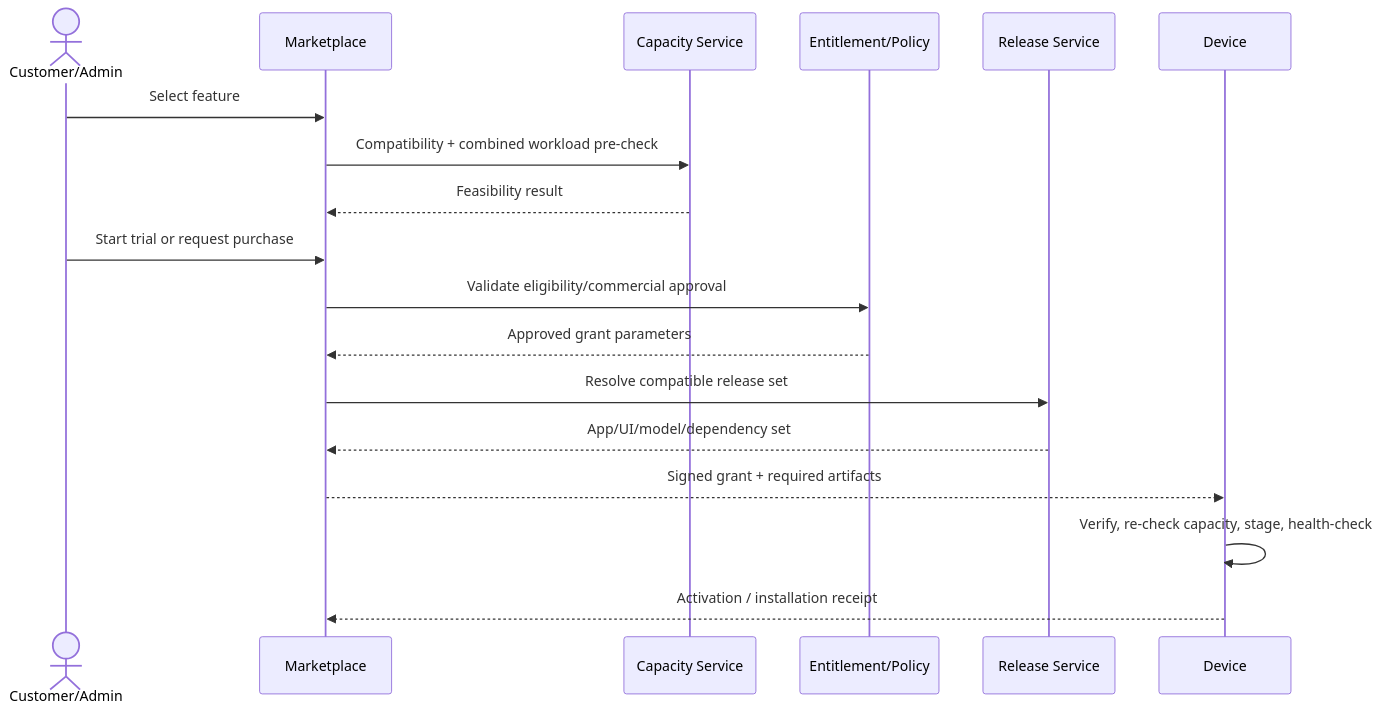
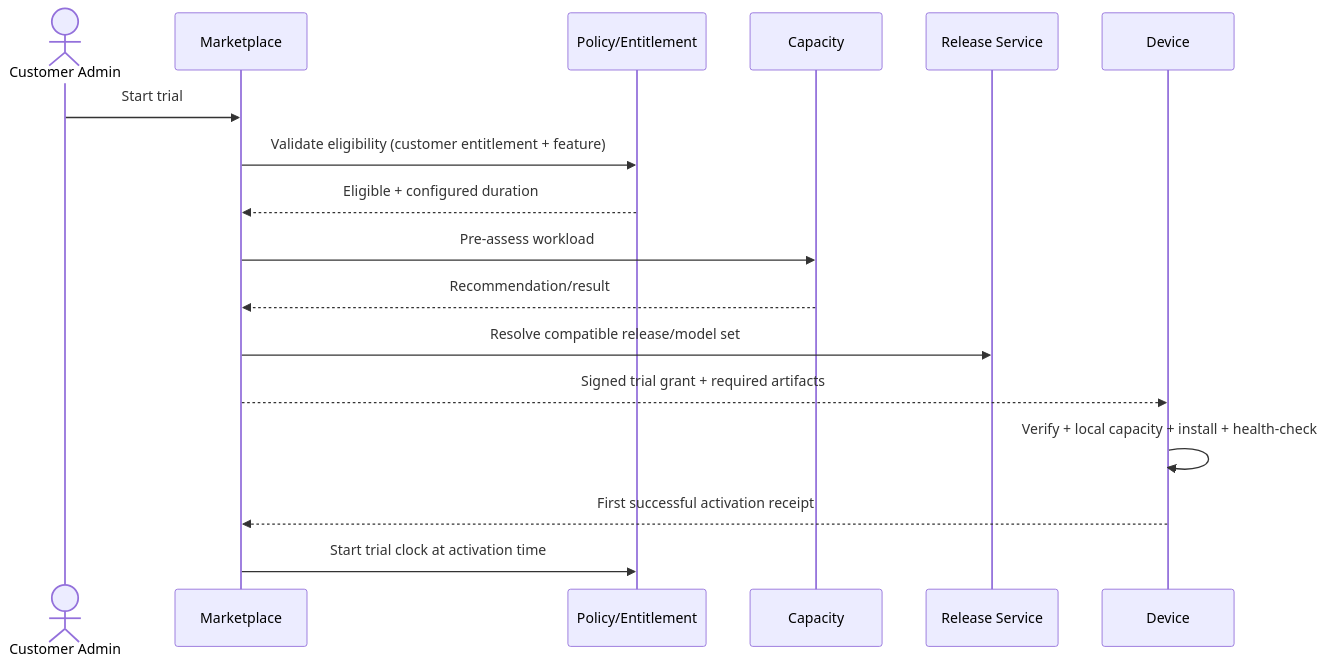
The second of 14 diagrams in docs/architecture/sequence-diagrams.md (Niranjan1005/lms), drawn with Mermaid before and after one commit. The commit also changed other lines of this file, not shown here.

Commit message:
docs: add complete required lifecycle sequences

```diff
--- a/docs/architecture/sequence-diagrams.md
+++ b/docs/architecture/sequence-diagrams.md
@@ -36,20 +36,19 @@
 ~~~mermaid
 sequenceDiagram
-    actor U as Customer/Admin
+    actor U as Customer Admin
     participant M as Marketplace
-    participant C as Capacity Service
-    participant E as Entitlement/Policy
+    participant P as Policy/Entitlement
+    participant C as Capacity
     participant R as Release Service
     participant D as Device
-    U->>M: Select feature
-    M->>C: Compatibility + combined workload pre-check
-    C-->>M: Feasibility result
-    U->>M: Start trial or request purchase
-    M->>E: Validate eligibility/commercial approval
-    E-->>M: Approved grant parameters
-    M->>R: Resolve compatible release set
-    R-->>M: App/UI/model/dependency set
-    M-->>D: Signed grant + required artifacts
-    D->>D: Verify, re-check capacity, stage, health-check
-    D-->>M: Activation / installation receipt
+    U->>M: Start trial
+    M->>P: Validate eligibility (customer entitlement + feature)
+    P-->>M: Eligible + configured duration
+    M->>C: Pre-assess workload
+    C-->>M: Recommendation/result
+    M->>R: Resolve compatible release/model set
+    M-->>D: Signed trial grant + required artifacts
+    D->>D: Verify + local capacity + install + health-check
+    D-->>M: First successful activation receipt
+    M->>P: Start trial clock at activation time
 ~~~
```
